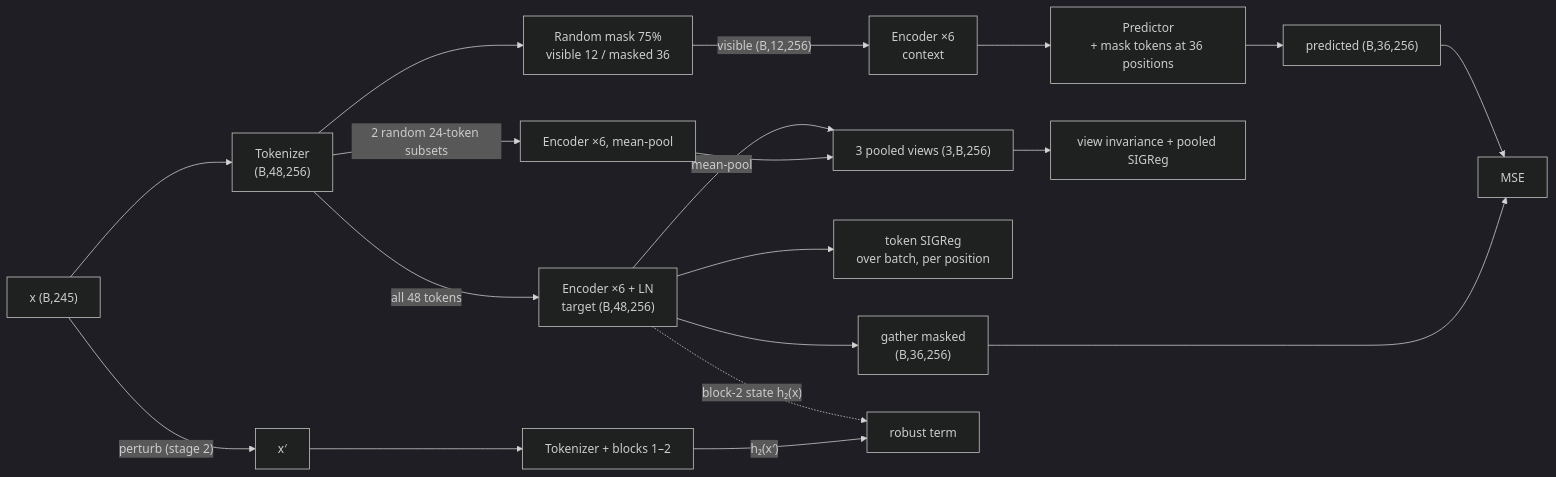
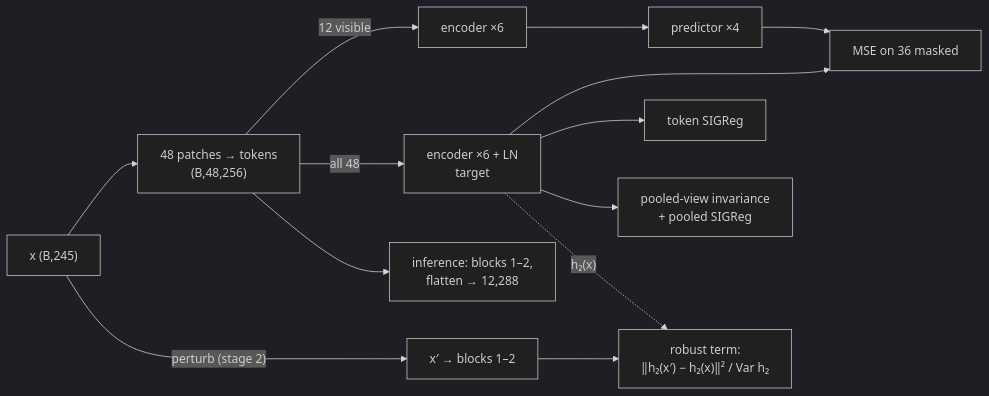
The third of 7 diagrams in docs/TRAINING_REPORT.md (h-cohen/SpectralFM-jepa), drawn with Mermaid (dark theme) before and after one commit. The commit also changed other lines of this file and 7 other files, not shown here.

````diff
--- a/docs/TRAINING_REPORT.md
+++ b/docs/TRAINING_REPORT.md
@@ -86,19 +54,11 @@
 ```mermaid
 flowchart LR
-    X["x (B,245)"] --> T["Tokenizer<br/>(B,48,256)"]
-    T --> MK["Random mask 75%<br/>visible 12 / masked 36"]
-    MK -->|"visible (B,12,256)"| EC["Encoder ×6<br/>context"]
-    EC --> P["Predictor<br/>+ mask tokens at 36 positions"]
-    P --> PR["predicted (B,36,256)"]
-    T -->|"all 48 tokens"| ET["Encoder ×6 + LN<br/>target (B,48,256)"]
-    ET --> TM["gather masked<br/>(B,36,256)"]
-    PR & TM --> L1["MSE"]
-    ET --> L2["token SIGReg<br/>over batch, per position"]
-    T -->|"2 random 24-token subsets"| EV["Encoder ×6, mean-pool"]
-    ET -->|mean-pool| PV["3 pooled views (3,B,256)"]
-    EV --> PV
-    PV --> L3["view invariance + pooled SIGReg"]
-    X -->|"perturb (stage 2)"| XP["x′"] --> T2["Tokenizer + blocks 1–2"]
-    ET -.->|"block-2 state h₂(x)"| L4["robust term"]
-    T2 -->|"h₂(x′)"| L4
+    X["x (B,245)"] --> T["48 patches → tokens<br/>(B,48,256)"]
+    T -->|"12 visible"| EC["encoder ×6"] --> P["predictor ×4"] --> L1["MSE on 36 masked"]
+    T -->|"all 48"| ET["encoder ×6 + LN<br/>target"] --> L1
+    ET --> L2["token SIGReg"]
+    ET --> L3["pooled-view invariance<br/>+ pooled SIGReg"]
+    X -->|"perturb (stage 2)"| XP["x′ → blocks 1–2"] --> L4["robust term:<br/>‖h₂(x′) − h₂(x)‖² / Var h₂"]
+    ET -.->|"h₂(x)"| L4
+    T --> I["inference: blocks 1–2,<br/>flatten → 12,288"]
 ```
````
